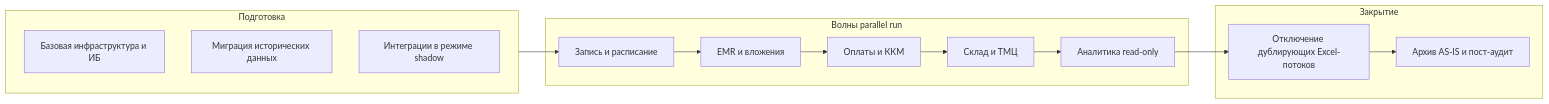
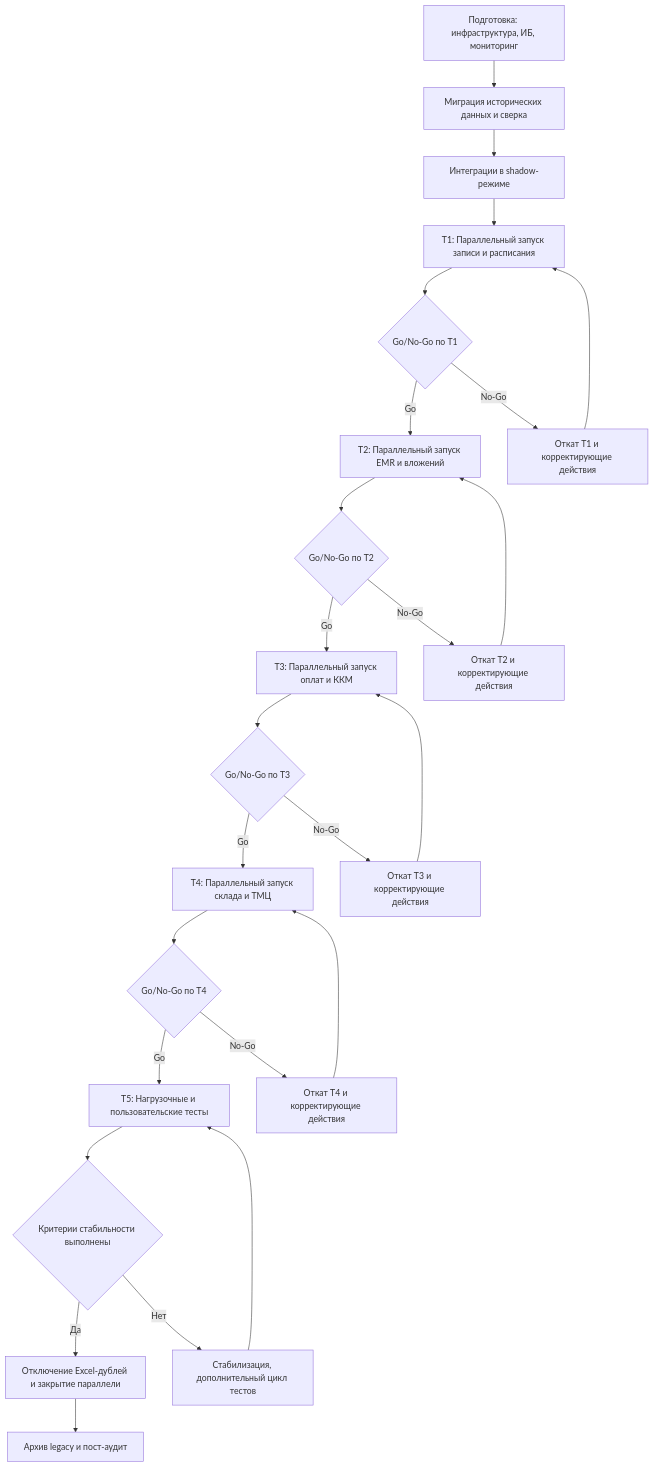
One commit to MorKaragh/architecture-medikamente changed the diagram in Task5/SOLUTION.md. Above: the diagram before and after it, drawn with Mermaid. The commit also changed 5 other files, not shown here.

````diff
--- a/Task5/SOLUTION.md
+++ b/Task5/SOLUTION.md
@@ -44,20 +44,27 @@
 ```mermaid
-flowchart LR
-  subgraph prep [Подготовка]
-    A[Базовая инфраструктура и ИБ]
-    B[Миграция исторических данных]
-    C[Интеграции в режиме shadow]
-  end
-  subgraph waves [Волны parallel run]
-    W1[Запись и расписание]
-    W2[EMR и вложения]
-    W3[Оплаты и ККМ]
-    W4[Склад и ТМЦ]
-    W5[Аналитика read-only]
-  end
-  subgraph close [Закрытие]
-    Z[Отключение дублирующих Excel-потоков]
-    R[Архив AS-IS и пост-аудит]
-  end
-  prep --> W1 --> W2 --> W3 --> W4 --> W5 --> Z --> R
+flowchart TD
+  A[Подготовка: инфраструктура, ИБ, мониторинг] --> B[Миграция исторических данных и сверка]
+  B --> C[Интеграции в shadow-режиме]
+  C --> D[T1: Параллельный запуск записи и расписания]
+  D --> E{Go/No-Go по T1}
+  E -->|Go| F[T2: Параллельный запуск EMR и вложений]
+  E -->|No-Go| R1[Откат T1 и корректирующие действия]
+  R1 --> D
+  F --> G{Go/No-Go по T2}
+  G -->|Go| H[T3: Параллельный запуск оплат и ККМ]
+  G -->|No-Go| R2[Откат T2 и корректирующие действия]
+  R2 --> F
+  H --> I{Go/No-Go по T3}
+  I -->|Go| J[T4: Параллельный запуск склада и ТМЦ]
+  I -->|No-Go| R3[Откат T3 и корректирующие действия]
+  R3 --> H
+  J --> K{Go/No-Go по T4}
+  K -->|Go| L[T5: Нагрузочные и пользовательские тесты]
+  K -->|No-Go| R4[Откат T4 и корректирующие действия]
+  R4 --> J
+  L --> M{Критерии стабильности выполнены}
+  M -->|Да| N[Отключение Excel-дублей и закрытие параллели]
+  M -->|Нет| R5[Стабилизация, дополнительный цикл тестов]
+  R5 --> L
+  N --> O[Архив legacy и пост-аудит]
 ```
````
